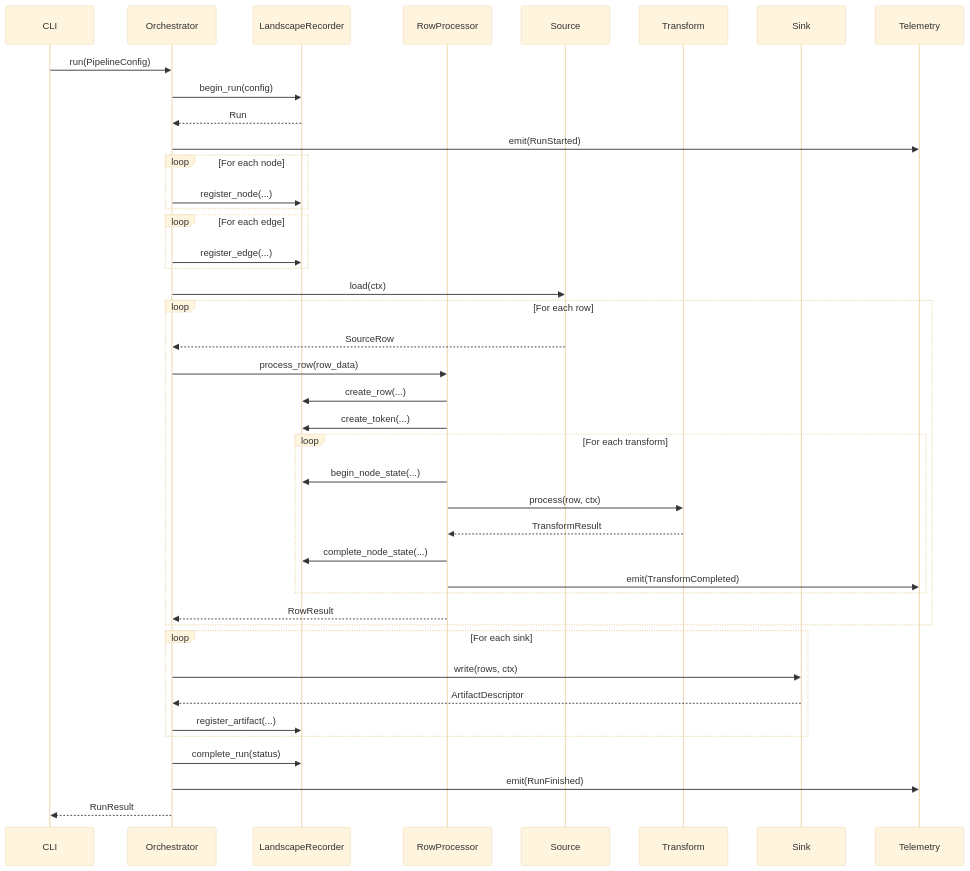
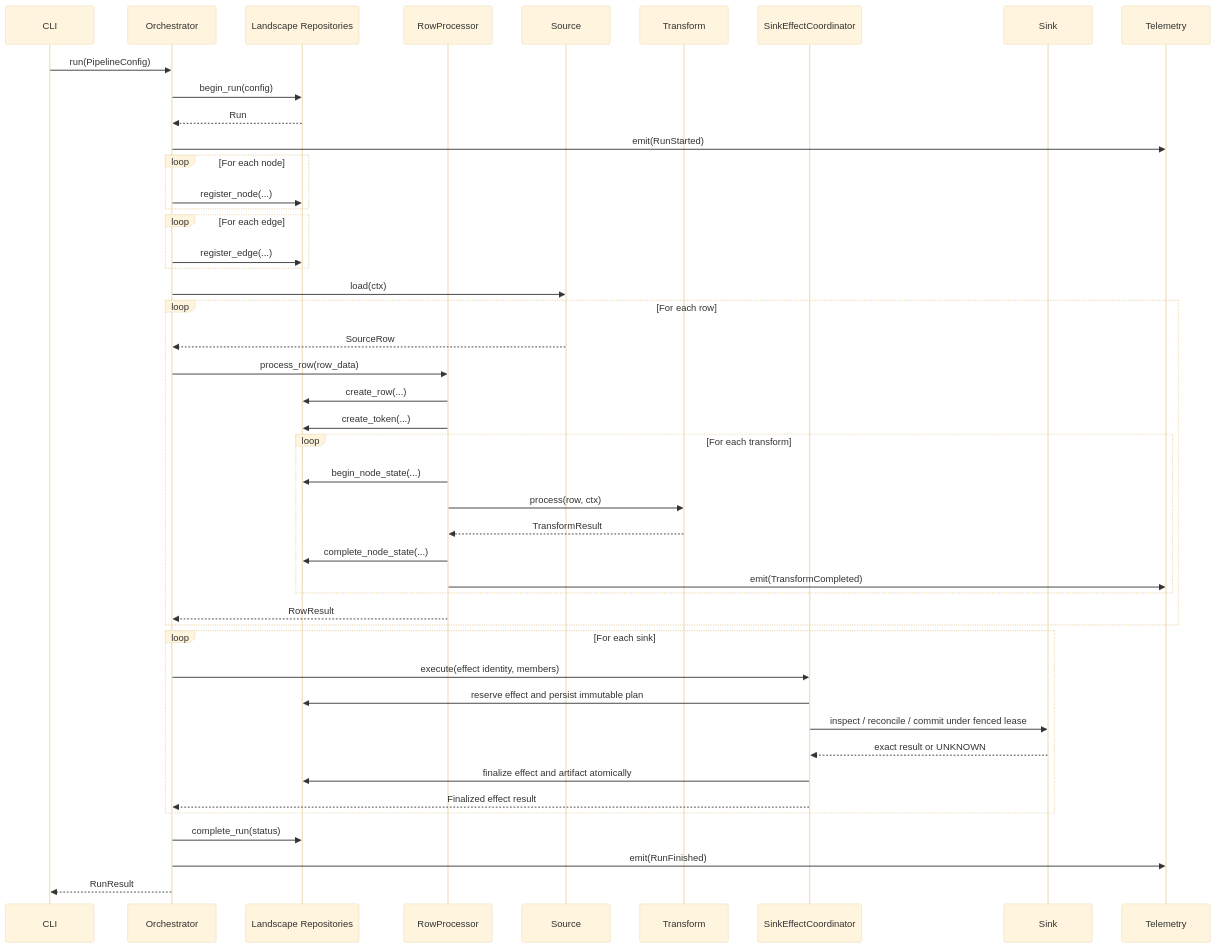
One commit to johnm-dta/elspeth changed the sixth of 13 diagrams in ARCHITECTURE.md. Above: the diagram before and after it, drawn with Mermaid (base theme). The commit also changed other lines of this file and 9 other files, not shown here.

````diff
--- a/ARCHITECTURE.md
+++ b/ARCHITECTURE.md
@@ -431,53 +452,57 @@
 ```mermaid
 sequenceDiagram
     participant CLI
     participant Orchestrator
-    participant Recorder as LandscapeRecorder
+    participant Landscape as Landscape Repositories
     participant Processor as RowProcessor
     participant Source
     participant Transform
+    participant Effect as SinkEffectCoordinator
     participant Sink
     participant Telem as Telemetry
 
     CLI->>Orchestrator: run(PipelineConfig)
-    Orchestrator->>Recorder: begin_run(config)
-    Recorder-->>Orchestrator: Run
+    Orchestrator->>Landscape: begin_run(config)
+    Landscape-->>Orchestrator: Run
     Orchestrator->>Telem: emit(RunStarted)
 
     loop For each node
-        Orchestrator->>Recorder: register_node(...)
+        Orchestrator->>Landscape: register_node(...)
     end
 
     loop For each edge
-        Orchestrator->>Recorder: register_edge(...)
+        Orchestrator->>Landscape: register_edge(...)
     end
 
     Orchestrator->>Source: load(ctx)
 
     loop For each row
         Source-->>Orchestrator: SourceRow
         Orchestrator->>Processor: process_row(row_data)
-        Processor->>Recorder: create_row(...)
-        Processor->>Recorder: create_token(...)
+        Processor->>Landscape: create_row(...)
+        Processor->>Landscape: create_token(...)
 
         loop For each transform
-            Processor->>Recorder: begin_node_state(...)
+            Processor->>Landscape: begin_node_state(...)
             Processor->>Transform: process(row, ctx)
             Transform-->>Processor: TransformResult
-            Processor->>Recorder: complete_node_state(...)
+            Processor->>Landscape: complete_node_state(...)
             Processor->>Telem: emit(TransformCompleted)
         end
 
         Processor-->>Orchestrator: RowResult
     end
 
     loop For each sink
-        Orchestrator->>Sink: write(rows, ctx)
-        Sink-->>Orchestrator: ArtifactDescriptor
-        Orchestrator->>Recorder: register_artifact(...)
+        Orchestrator->>Effect: execute(effect identity, members)
+        Effect->>Landscape: reserve effect and persist immutable plan
+        Effect->>Sink: inspect / reconcile / commit under fenced lease
+        Sink-->>Effect: exact result or UNKNOWN
+        Effect->>Landscape: finalize effect and artifact atomically
+        Effect-->>Orchestrator: Finalized effect result
     end
 
-    Orchestrator->>Recorder: complete_run(status)
+    Orchestrator->>Landscape: complete_run(status)
     Orchestrator->>Telem: emit(RunFinished)
     Orchestrator-->>CLI: RunResult
 ```
````
